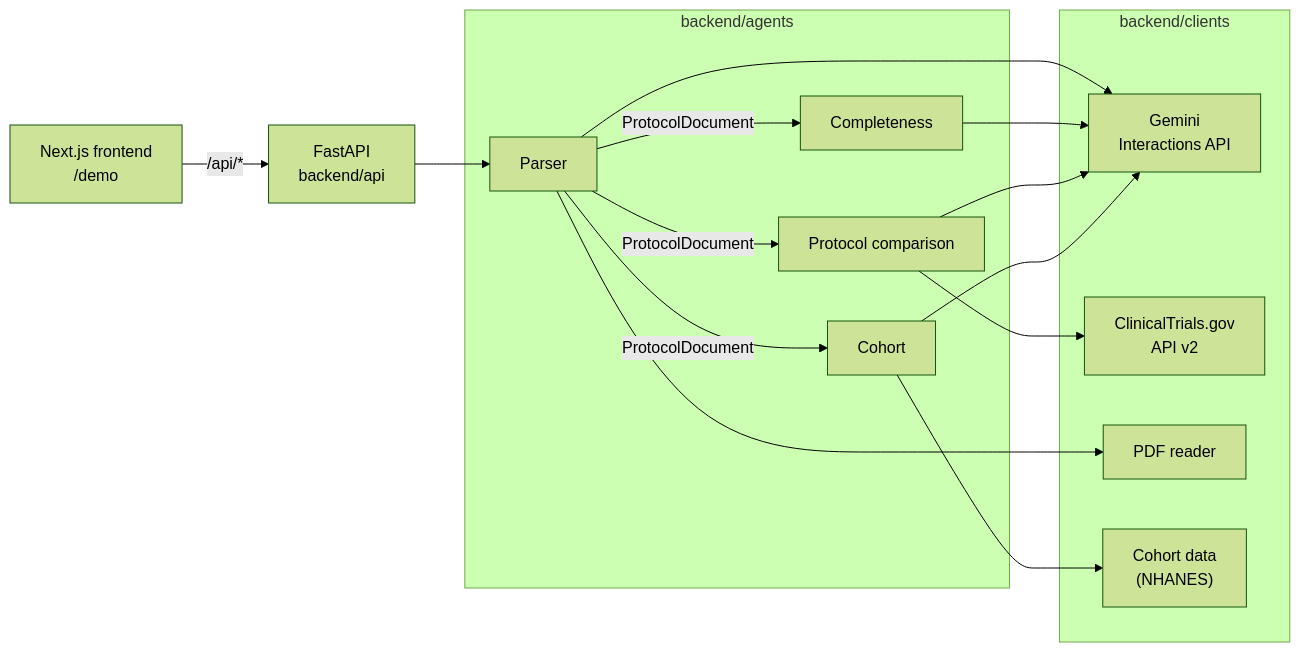
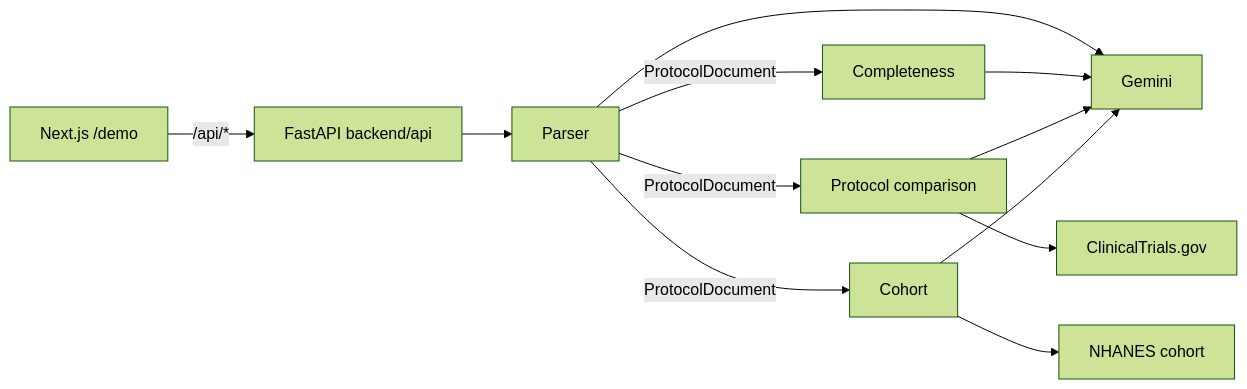
The diagram in README.md (elmerescandon/spanish-ai-agentverse), drawn with Mermaid (forest theme) before and after one commit. The commit also changed other lines of this file, not shown here.

````diff
--- a/README.md
+++ b/README.md
@@ -127,31 +32,11 @@
 ```mermaid
 flowchart LR
-    UI["Next.js frontend<br/>/demo"] -->|"/api/*"| API["FastAPI<br/>backend/api"]
-
-    subgraph Agents["backend/agents"]
-        P["Parser"]
-        C["Completeness"]
-        PC["Protocol comparison"]
-        CO["Cohort"]
-    end
-
-    API --> P
-    P -->|ProtocolDocument| C
-    P -->|ProtocolDocument| PC
-    P -->|ProtocolDocument| CO
-
-    subgraph Clients["backend/clients"]
-        G["Gemini<br/>Interactions API"]
-        CT["ClinicalTrials.gov<br/>API v2"]
-        PDF["PDF reader"]
-        CD["Cohort data<br/>(NHANES)"]
-    end
-
-    P --> PDF
-    P --> G
-    C --> G
-    PC --> G
-    PC --> CT
-    CO --> G
-    CO --> CD
+    UI["Next.js /demo"] -->|"/api/*"| API["FastAPI backend/api"]
+    API --> P["Parser"]
+    P -->|ProtocolDocument| C["Completeness"]
+    P -->|ProtocolDocument| PC["Protocol comparison"]
+    P -->|ProtocolDocument| CO["Cohort"]
+    P & C & PC & CO --> G["Gemini"]
+    PC --> CT["ClinicalTrials.gov"]
+    CO --> N["NHANES cohort"]
 ```
````
